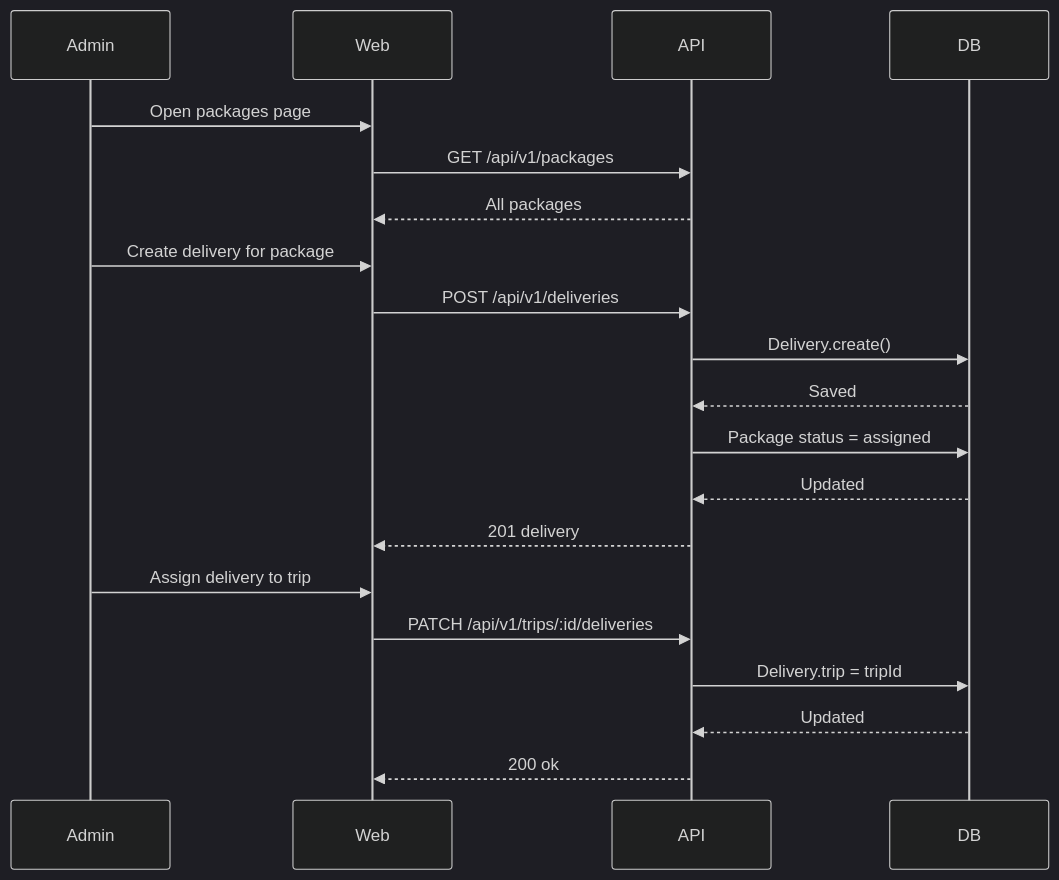
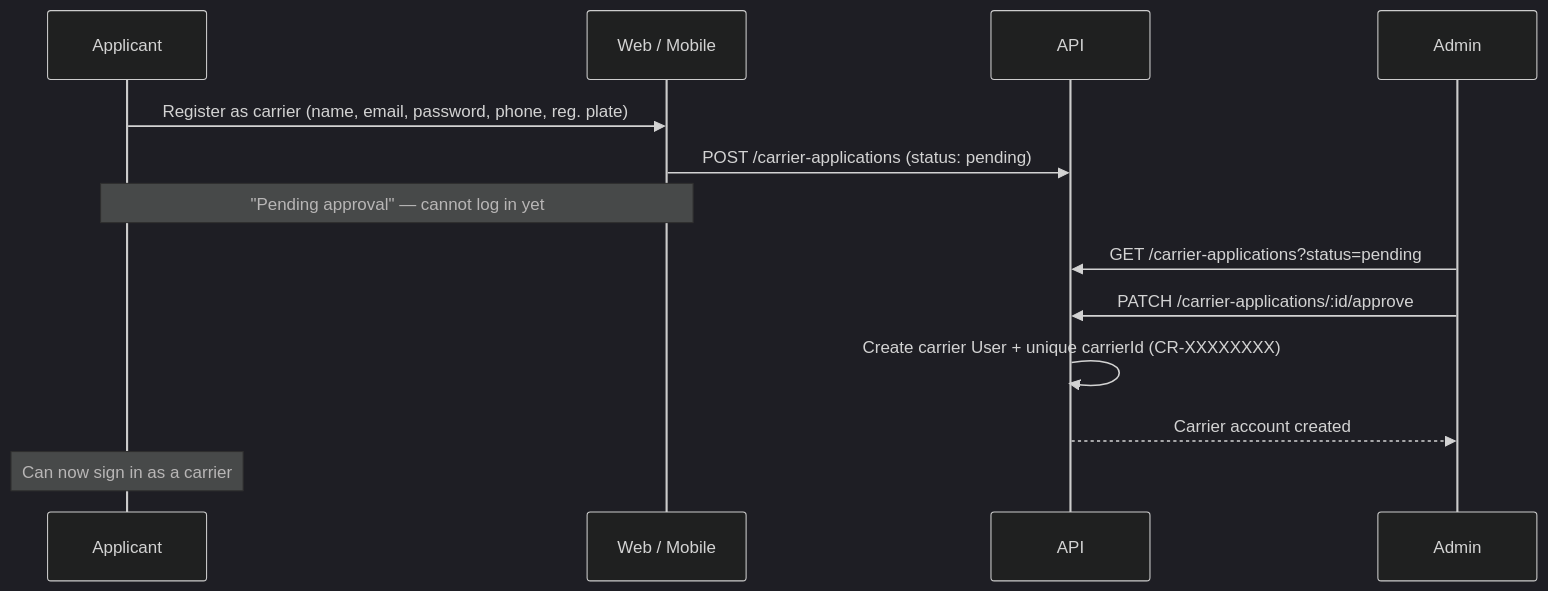
Before and after one commit to Malmo-3/packetFlow: the second of 5 diagrams in README.md, drawn with Mermaid (dark theme). The commit also changed other lines of this file and 47 other files, not shown here.

````diff
--- a/README.md
+++ b/README.md
@@ -121,23 +57,16 @@
 ```mermaid
 sequenceDiagram
+  participant Applicant
+  participant App as Web / Mobile
+  participant API
   participant Admin
-  participant Web
-  participant API
-  participant DB
 
-  Admin ->> Web: Open packages page
-  Web ->> API: GET /api/v1/packages
-  API -->> Web: All packages
-  Admin ->> Web: Create delivery for package
-  Web ->> API: POST /api/v1/deliveries
-  API ->> DB: Delivery.create()
-  DB -->> API: Saved
-  API ->> DB: Package status = assigned
-  DB -->> API: Updated
-  API -->> Web: 201 delivery
-  Admin ->> Web: Assign delivery to trip
-  Web ->> API: PATCH /api/v1/trips/:id/deliveries
-  API ->> DB: Delivery.trip = tripId
-  DB -->> API: Updated
-  API -->> Web: 200 ok
+  Applicant ->> App: Register as carrier (name, email, password, phone, reg. plate)
+  App ->> API: POST /carrier-applications  (status: pending)
+  Note over App,Applicant: "Pending approval" — cannot log in yet
+  Admin ->> API: GET /carrier-applications?status=pending
+  Admin ->> API: PATCH /carrier-applications/:id/approve
+  API ->> API: Create carrier User + unique carrierId (CR-XXXXXXXX)
+  API -->> Admin: Carrier account created
+  Note over Applicant: Can now sign in as a carrier
 ```
````
